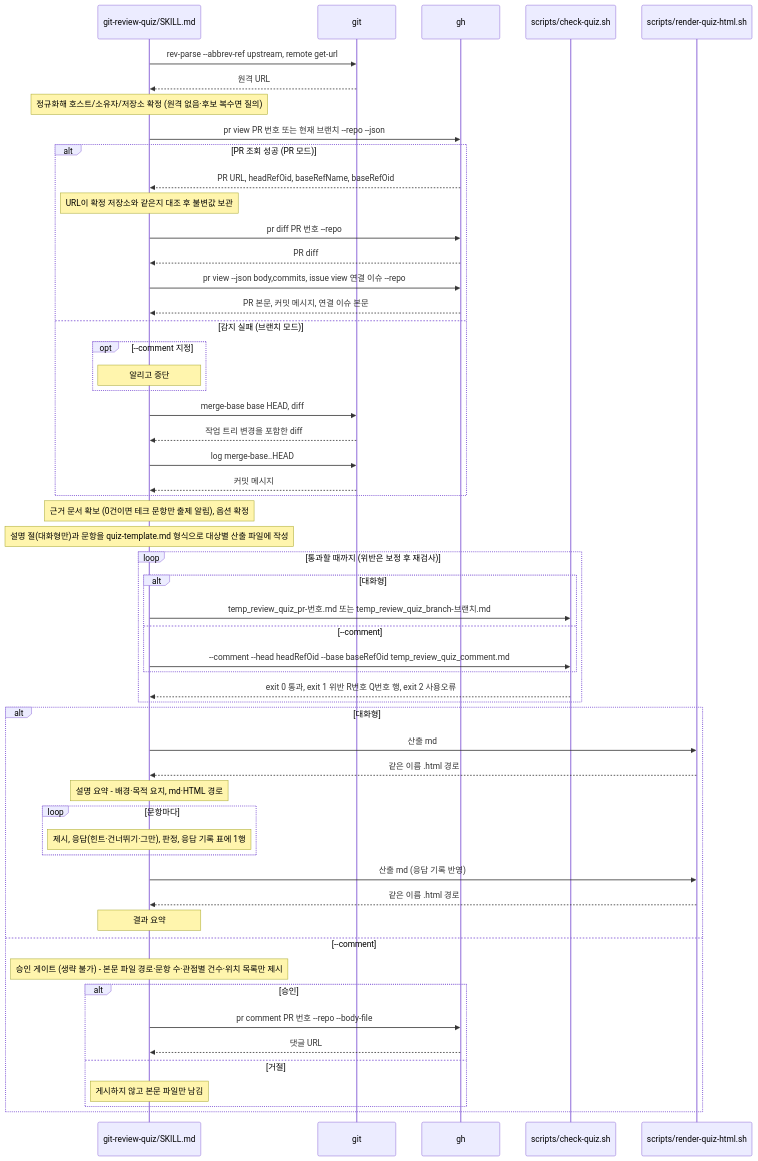
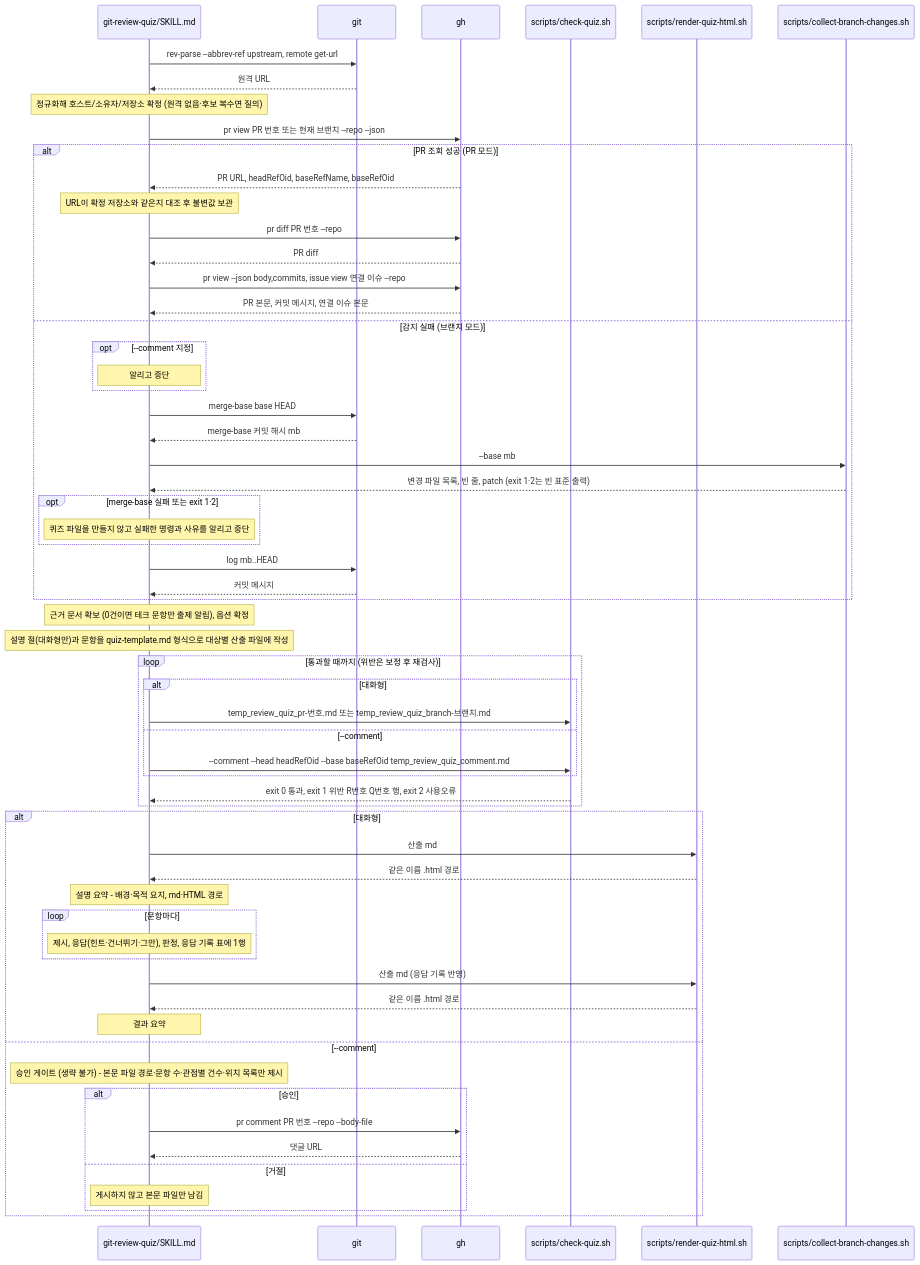
Before and after one commit to scroogy-dev/scroogy-agent-skills: the diagram in .ai/60_codebase/git-review-quiz/quiz-call-flow.md, drawn with Mermaid. The commit also changed other lines of this file and 4 other files, not shown here.

````diff
--- a/.ai/60_codebase/git-review-quiz/quiz-call-flow.md
+++ b/.ai/60_codebase/git-review-quiz/quiz-call-flow.md
@@ -40,58 +43,64 @@
 ```mermaid
 sequenceDiagram
     participant SK as git-review-quiz/SKILL.md
     participant G as git
     participant GH as gh
     participant CQ as scripts/check-quiz.sh
     participant RH as scripts/render-quiz-html.sh
+    participant CB as scripts/collect-branch-changes.sh
 
     SK->>G: rev-parse --abbrev-ref upstream, remote get-url
     G-->>SK: 원격 URL
     Note over SK: 정규화해 호스트/소유자/저장소 확정 (원격 없음·후보 복수면 질의)
     SK->>GH: pr view PR 번호 또는 현재 브랜치 --repo --json
     alt PR 조회 성공 (PR 모드)
         GH-->>SK: PR URL, headRefOid, baseRefName, baseRefOid
         Note over SK: URL이 확정 저장소와 같은지 대조 후 불변값 보관
         SK->>GH: pr diff PR 번호 --repo
         GH-->>SK: PR diff
         SK->>GH: pr view --json body,commits, issue view 연결 이슈 --repo
         GH-->>SK: PR 본문, 커밋 메시지, 연결 이슈 본문
     else 감지 실패 (브랜치 모드)
         opt --comment 지정
             Note over SK: 알리고 중단
         end
-        SK->>G: merge-base base HEAD, diff
-        G-->>SK: 작업 트리 변경을 포함한 diff
-        SK->>G: log merge-base..HEAD
+        SK->>G: merge-base base HEAD
+        G-->>SK: merge-base 커밋 해시 mb
+        SK->>CB: --base mb
+        CB-->>SK: 변경 파일 목록, 빈 줄, patch (exit 1·2는 빈 표준 출력)
+        opt merge-base 실패 또는 exit 1·2
+            Note over SK: 퀴즈 파일을 만들지 않고 실패한 명령과 사유를 알리고 중단
+        end
+        SK->>G: log mb..HEAD
         G-->>SK: 커밋 메시지
     end
     Note over SK: 근거 문서 확보 (0건이면 테크 문항만 출제 알림), 옵션 확정
     Note over SK: 설명 절(대화형만)과 문항을 quiz-template.md 형식으로 대상별 산출 파일에 작성
     loop 통과할 때까지 (위반은 보정 후 재검사)
         alt 대화형
             SK->>CQ: temp_review_quiz_pr-번호.md 또는 temp_review_quiz_branch-브랜치.md
         else --comment
             SK->>CQ: --comment --head headRefOid --base baseRefOid temp_review_quiz_comment.md
         end
         CQ-->>SK: exit 0 통과, exit 1 위반 R번호 Q번호 행, exit 2 사용오류
     end
     alt 대화형
         SK->>RH: 산출 md
         RH-->>SK: 같은 이름 .html 경로
         Note over SK: 설명 요약 - 배경·목적 요지, md·HTML 경로
         loop 문항마다
             Note over SK: 제시, 응답(힌트·건너뛰기·그만), 판정, 응답 기록 표에 1행
         end
         SK->>RH: 산출 md (응답 기록 반영)
         RH-->>SK: 같은 이름 .html 경로
         Note over SK: 결과 요약
     else --comment
         Note over SK: 승인 게이트 (생략 불가) - 본문 파일 경로·문항 수·관점별 건수·위치 목록만 제시
         alt 승인
             SK->>GH: pr comment PR 번호 --repo --body-file
             GH-->>SK: 댓글 URL
         else 거절
             Note over SK: 게시하지 않고 본문 파일만 남김
         end
     end
 ```
````
